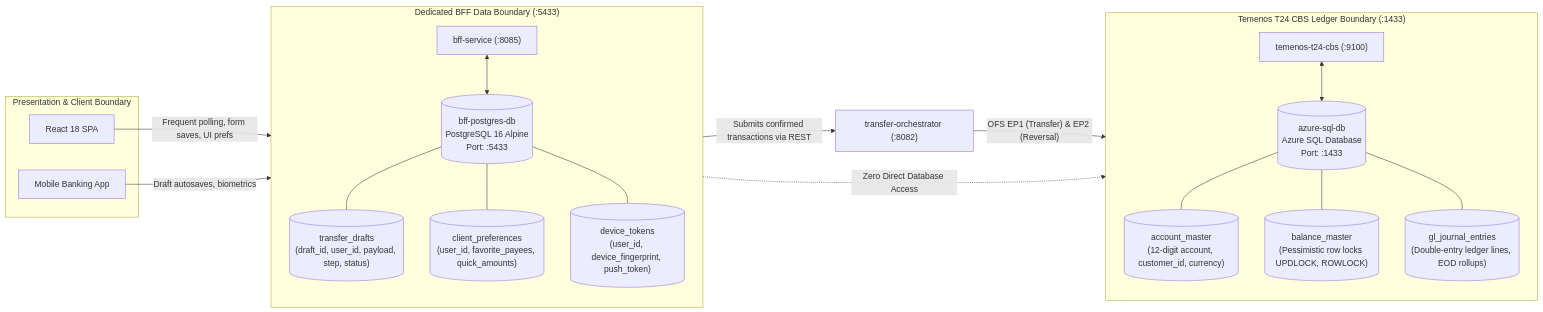
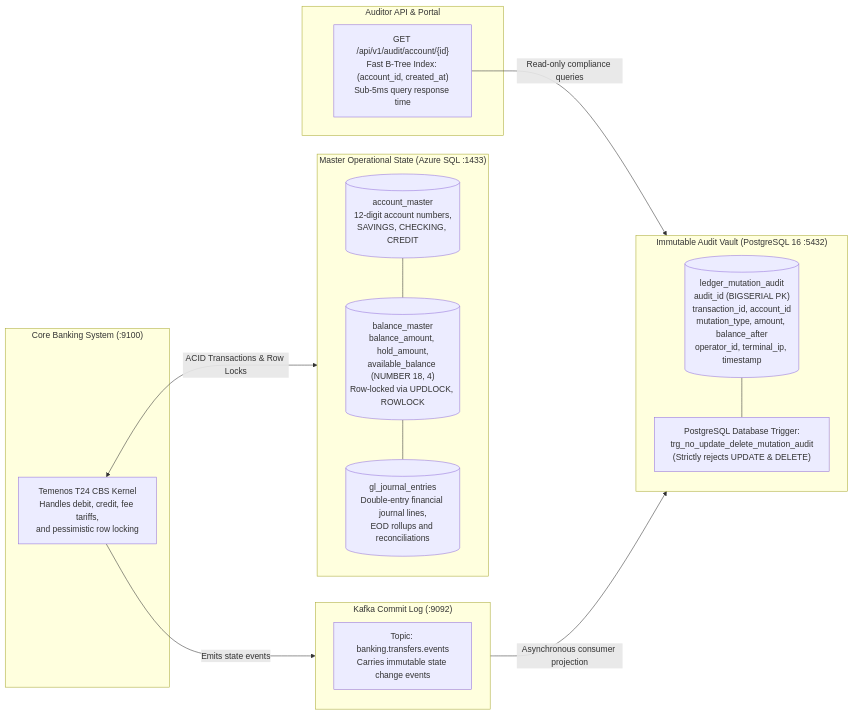
Before and after one commit to jmbilbao25/group3_fse_capstone: the fourth of 6 diagrams in ARCHITECTURE_DIAGRAMS.md, drawn with Mermaid. The commit also changed other lines of this file and 12 other files, not shown here.

Commit message:
feat(arch): update architecture with dual-endpoint T24 CBS and C1-C4 diagrams

````diff
--- a/ARCHITECTURE_DIAGRAMS.md
+++ b/ARCHITECTURE_DIAGRAMS.md
@@ -261,42 +229,35 @@
 ```mermaid
 flowchart LR
-    subgraph ClientPresentation["Presentation & Client Boundary"]
-        WebClient["React 18 SPA"]
-        MobileClient["Mobile Banking App"]
+    subgraph OperationalStore["Master Operational State (Azure SQL :1433)"]
+        direction TB
+        AccountTable[("account_master<br/>12-digit account numbers,<br/>SAVINGS, CHECKING, CREDIT")]
+        BalanceTable[("balance_master<br/>balance_amount, hold_amount,<br/>available_balance (NUMBER 18, 4)<br/>Row-locked via UPDLOCK, ROWLOCK")]
+        GLJournal[("gl_journal_entries<br/>Double-entry financial journal lines,<br/>EOD rollups and reconciliations")]
+
+        AccountTable --- BalanceTable --- GLJournal
     end
 
-    subgraph BFFDataBoundary["Dedicated BFF Data Boundary (:5433)"]
-        direction TB
-        BFFSvc["bff-service (:8085)"]
-        BFFDB[("bff-postgres-db<br/>PostgreSQL 16 Alpine<br/>Port: :5433")]
-        DraftsTable[("transfer_drafts<br/>(draft_id, user_id, payload, step, status)")]
-        PrefsTable[("client_preferences<br/>(user_id, favorite_payees, quick_amounts)")]
-        TokensTable[("device_tokens<br/>(user_id, device_fingerprint, push_token)")]
-
-        BFFSvc <--> BFFDB
-        BFFDB --- DraftsTable
-        BFFDB --- PrefsTable
-        BFFDB --- TokensTable
+    subgraph CoreCBS["Core Banking System (:9100)"]
+        T24Kernel["Temenos T24 CBS Kernel<br/>Handles debit, credit, fee tariffs,<br/>and pessimistic row locking"]
     end
 
-    subgraph CoreCBSBoundary["Temenos T24 CBS Ledger Boundary (:1433)"]
-        direction TB
-        T24App["temenos-t24-cbs (:9100)"]
-        CBSMasterDB[("azure-sql-db<br/>Azure SQL Database<br/>Port: :1433")]
-        AccountTable[("account_master<br/>(12-digit account, customer_id, currency)")]
-        BalanceTable[("balance_master<br/>(Pessimistic row locks UPDLOCK, ROWLOCK)")]
-        GLJournal[("gl_journal_entries<br/>(Double-entry ledger lines, EOD rollups)")]
-
-        T24App <--> CBSMasterDB
-        CBSMasterDB --- AccountTable
-        CBSMasterDB --- BalanceTable
-        CBSMasterDB --- GLJournal
+    subgraph EventStream["Kafka Commit Log (:9092)"]
+        EventsTopic["Topic: banking.transfers.events<br/>Carries immutable state change events"]
     end
 
-    WebClient -->|"Frequent polling, form saves, UI prefs"| BFFSvc
-    MobileClient -->|"Draft autosaves, biometrics"| BFFSvc
+    subgraph AuditStore["Immutable Audit Vault (PostgreSQL 16 :5432)"]
+        direction TB
+        AuditLog[("ledger_mutation_audit<br/>audit_id (BIGSERIAL PK)<br/>transaction_id, account_id<br/>mutation_type, amount, balance_after<br/>operator_id, terminal_ip, timestamp")]
+        TriggerBlock["PostgreSQL Database Trigger:<br/>trg_no_update_delete_mutation_audit<br/>(Strictly rejects UPDATE & DELETE)"]
+        AuditLog --- TriggerBlock
+    end
 
-    BFFSvc -.->|"Zero Direct Database Access"| CBSMasterDB
-    BFFSvc -->|"Submits confirmed transactions via REST"| OrchestratorSvc["transfer-orchestrator (:8082)"]
-    OrchestratorSvc -->|"OFS EP1 (Transfer) & EP2 (Reversal)"| T24App
+    subgraph AuditorAccess["Auditor API & Portal"]
+        AuditorEndpoint["GET /api/v1/audit/account/{id}<br/>Fast B-Tree Index: (account_id, created_at)<br/>Sub-5ms query response time"]
+    end
+
+    T24Kernel <-->|"ACID Transactions & Row Locks"| OperationalStore
+    T24Kernel -->|"Emits state events"| EventStream
+    EventStream -->|"Asynchronous consumer projection"| AuditLog
+    AuditorEndpoint -->|"Read-only compliance queries"| AuditLog
 ```
````
